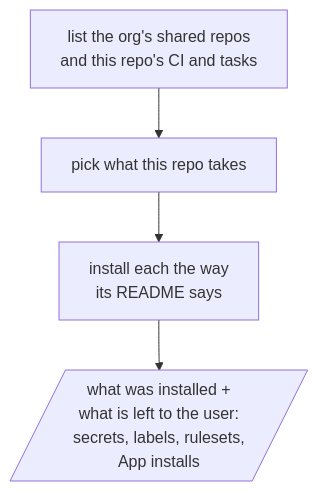
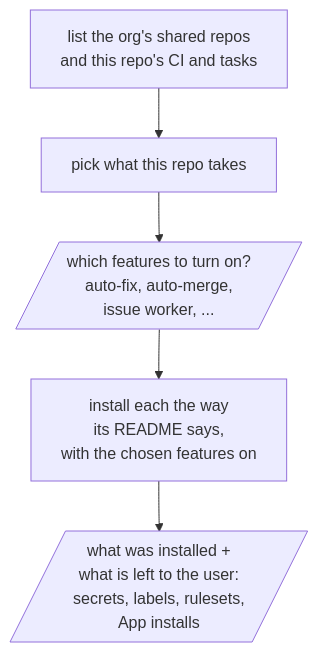
Before and after one commit to omni-stove/skill-kit: the diagram in shared/skills/automation/README.md, drawn with Mermaid. The commit also changed 2 other files, not shown here.

Commit message:
Have automation ask which features to turn on: install.sh leaves --fix (run-fix), --auto-merge and --issue-worker off unless named, and the README's example names none of them, so auto-fix went uninstalled; next.txt now asks the user in one question which of those to turn on, marking the ones already on, and is cut to one action per line without the reasons; the READMEs gain the question Co-Authored-By: Claude Opus 5.5 <noreply@anthropic.com> Claude-Session: https://claude.ai/code/session_0118w5k5oxgv4i7sy2CWCfED

````diff
--- a/shared/skills/automation/README.md
+++ b/shared/skills/automation/README.md
@@ -3,7 +3,8 @@
 ```mermaid
 flowchart TD
   list[list the org's shared repos<br/>and this repo's CI and tasks]
   list --> pick[pick what this repo takes]
-  pick --> install[install each the way<br/>its README says]
+  pick --> ask[/"which features to turn on?<br/>auto-fix, auto-merge,<br/>issue worker, ..."/]
+  ask --> install[install each the way<br/>its README says,<br/>with the chosen features on]
   install --> done[/"what was installed +<br/>what is left to the user:<br/>secrets, labels, rulesets,<br/>App installs"/]
 ```
````
